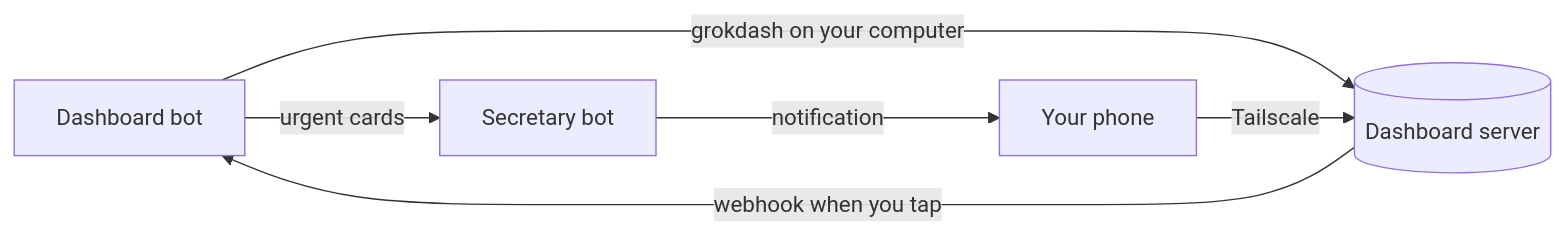
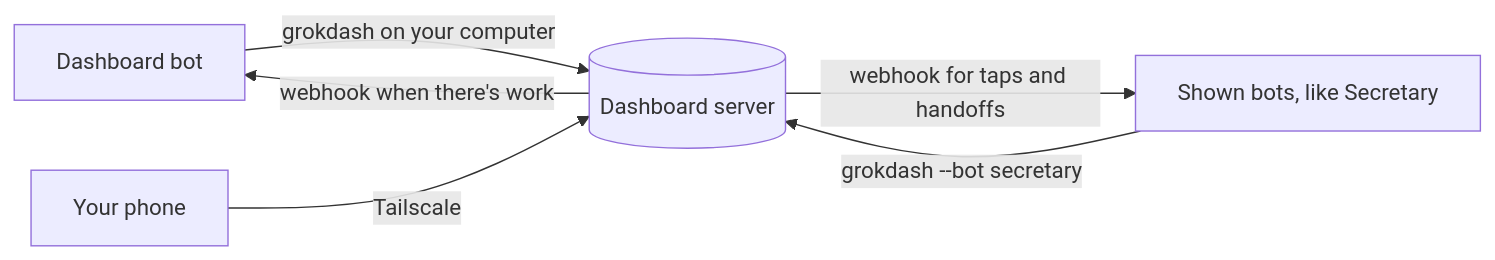
One commit to SuperTost100/Grok-Bot-Dashboard changed the diagram in bot/README.md. Above: the diagram before and after it, drawn with Mermaid. The commit also changed other lines of this file and 4 other files, not shown here.

First line of the commit message:
Bot instructions for shown bots, handoffs and Plan my day (#30)

````diff
--- a/bot/README.md
+++ b/bot/README.md
@@ -7,8 +7,8 @@
 ```mermaid
 flowchart LR
   B[Dashboard bot] -- "grokdash on your computer" --> D[(Dashboard server)]
-  D -- "webhook when you tap" --> B
-  B -- "urgent cards" --> S[Secretary bot]
-  S -- "notification" --> P[Your phone]
-  P -- "Tailscale" --> D
+  D -- "webhook when there's work" --> B
+  S[Shown bots, like Secretary] -- "grokdash --bot secretary" --> D
+  D -- "webhook for taps and handoffs" --> S
+  P[Your phone] -- "Tailscale" --> D
 ```
````
